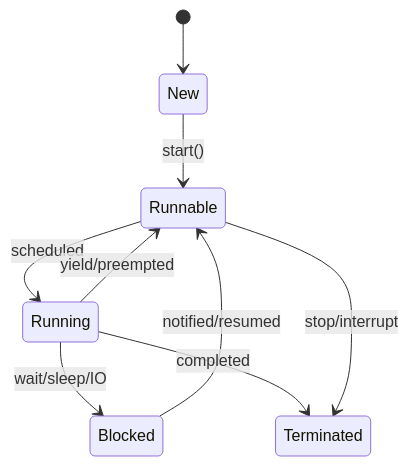
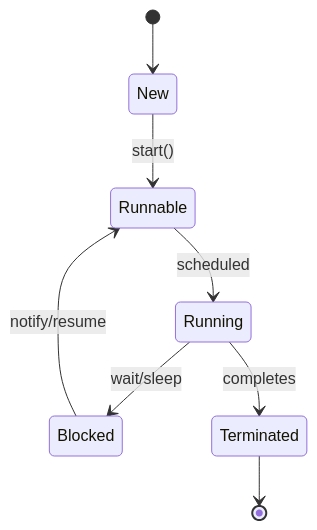
One commit to VrushankPatel/interview-matters changed the diagram in multithreading-and-concurrency-in-java/README.md. Above: the diagram before and after it, drawn with Mermaid. The commit also changed other lines of this file and 3 other files, not shown here.

````diff
--- a/multithreading-and-concurrency-in-java/README.md
+++ b/multithreading-and-concurrency-in-java/README.md
@@ -23,11 +23,10 @@
 ```mermaid
 stateDiagram-v2
     [*] --> New
     New --> Runnable: start()
     Runnable --> Running: scheduled
-    Running --> Runnable: yield/preempted
-    Running --> Blocked: wait/sleep/IO
-    Blocked --> Runnable: notified/resumed
-    Running --> Terminated: completed
-    Runnable --> Terminated: stop/interrupt
+    Running --> Blocked: wait/sleep
+    Blocked --> Runnable: notify/resume
+    Running --> Terminated: completes
+    Terminated --> [*]
 ```
````
